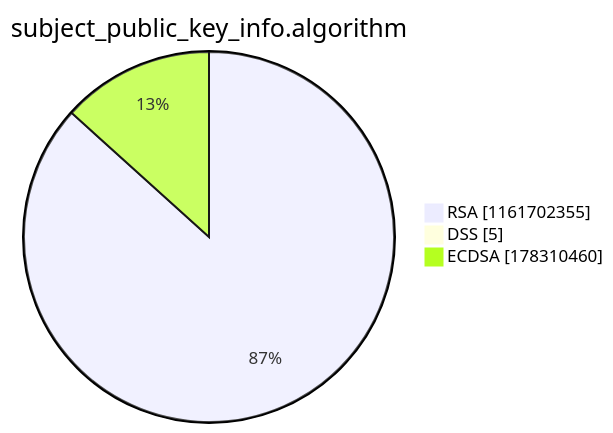
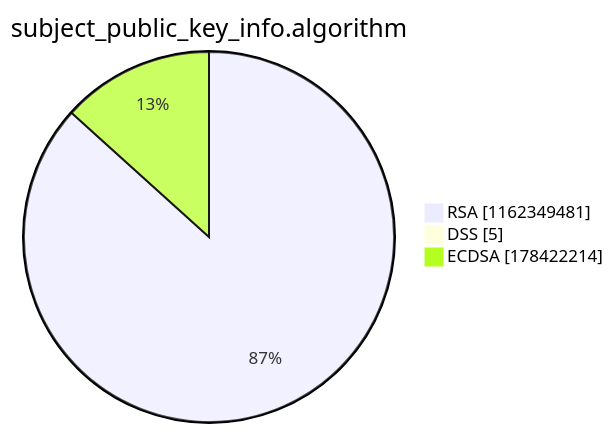
Before and after one commit to christiankrug/ctmonitor_visualization: the third of 15 diagrams in argon2022/README.md, drawn with Mermaid. The commit also changed other lines of this file, not shown here.

````diff
--- a/argon2022/README.md
+++ b/argon2022/README.md
@@ -14,7 +14,7 @@
 ```mermaid
 pie showData
 title subject_public_key_info.algorithm
-"RSA" :1161702355
+"RSA" :1162349481
 "DSS" :5
-"ECDSA" :178310460
+"ECDSA" :178422214
 ```
````
